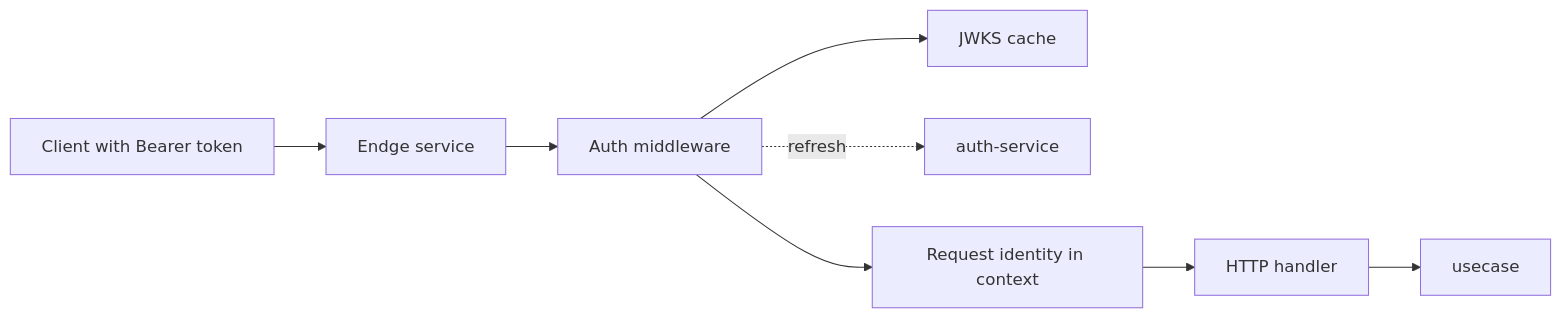
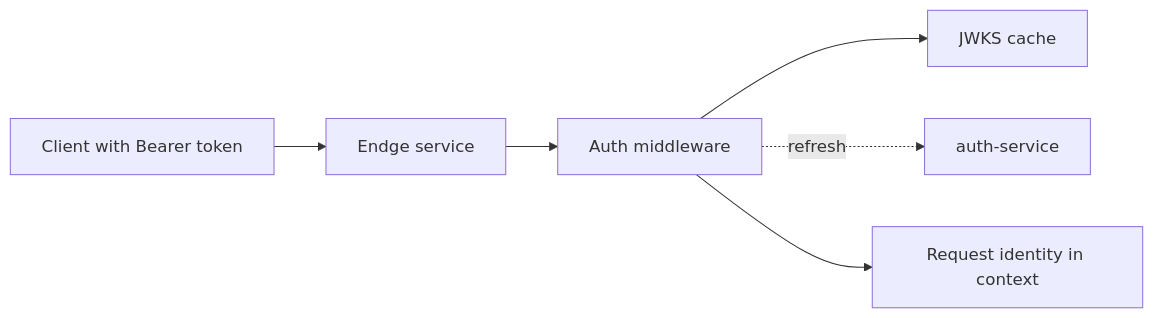
Before and after one commit to endge-lab/service-template-go: the second of 5 diagrams in docs/architecture.md, drawn with Mermaid. The commit also changed other lines of this file and 74 other files, not shown here.

````diff
--- a/docs/architecture.md
+++ b/docs/architecture.md
@@ -51,10 +61,8 @@
 ```mermaid
 flowchart LR
     Client["Client with Bearer token"] --> Service["Endge service"]
     Service --> AuthMW["Auth middleware"]
     AuthMW --> JWKS["JWKS cache"]
     AuthMW -. refresh .-> Auth["auth-service"]
     AuthMW --> Identity["Request identity in context"]
-    Identity --> Handler["HTTP handler"]
-    Handler --> UseCase["usecase"]
 ```
````
